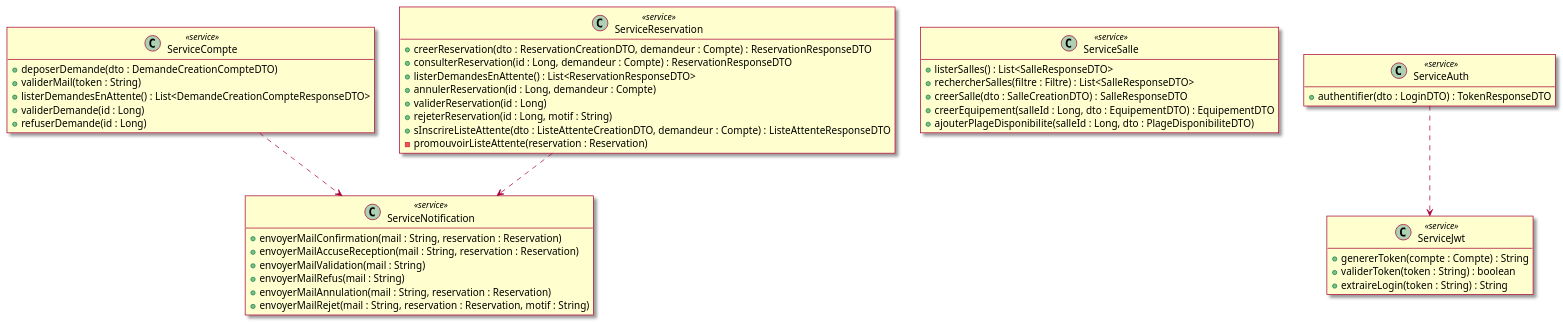
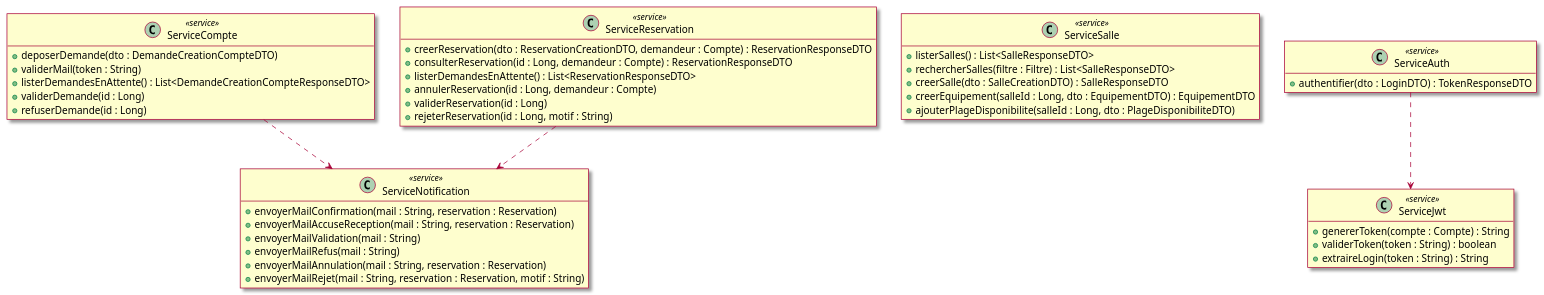
One commit to mrajaonson/glg204-room-management-system changed diagram 34 of 35 in docs/03-Conception.md. Above: the diagram before and after it, drawn with PlantUML. The commit also changed other lines of this file and 3 other files, not shown here.

````diff
--- a/docs/03-Conception.md
+++ b/docs/03-Conception.md
@@ -1809,56 +1653,54 @@
 ```plantuml
 @startuml
 skin rose
 hide empty members
 
 class ServiceCompte <<service>> {
   + deposerDemande(dto : DemandeCreationCompteDTO)
   + validerMail(token : String)
   + listerDemandesEnAttente() : List<DemandeCreationCompteResponseDTO>
   + validerDemande(id : Long)
   + refuserDemande(id : Long)
 }
 
 class ServiceSalle <<service>> {
   + listerSalles() : List<SalleResponseDTO>
   + rechercherSalles(filtre : Filtre) : List<SalleResponseDTO>
   + creerSalle(dto : SalleCreationDTO) : SalleResponseDTO
   + creerEquipement(salleId : Long, dto : EquipementDTO) : EquipementDTO
   + ajouterPlageDisponibilite(salleId : Long, dto : PlageDisponibiliteDTO)
 }
 
 class ServiceReservation <<service>> {
   + creerReservation(dto : ReservationCreationDTO, demandeur : Compte) : ReservationResponseDTO
   + consulterReservation(id : Long, demandeur : Compte) : ReservationResponseDTO
   + listerDemandesEnAttente() : List<ReservationResponseDTO>
   + annulerReservation(id : Long, demandeur : Compte)
   + validerReservation(id : Long)
   + rejeterReservation(id : Long, motif : String)
-  + sInscrireListeAttente(dto : ListeAttenteCreationDTO, demandeur : Compte) : ListeAttenteResponseDTO
-  - promouvoirListeAttente(reservation : Reservation)
 }
 
 class ServiceNotification <<service>> {
   + envoyerMailConfirmation(mail : String, reservation : Reservation)
   + envoyerMailAccuseReception(mail : String, reservation : Reservation)
   + envoyerMailValidation(mail : String)
   + envoyerMailRefus(mail : String)
   + envoyerMailAnnulation(mail : String, reservation : Reservation)
   + envoyerMailRejet(mail : String, reservation : Reservation, motif : String)
 }
 
 class ServiceAuth <<service>> {
   + authentifier(dto : LoginDTO) : TokenResponseDTO
 }
 
 class ServiceJwt <<service>> {
   + genererToken(compte : Compte) : String
   + validerToken(token : String) : boolean
   + extraireLogin(token : String) : String
 }
 
 ServiceCompte ..> ServiceNotification
 ServiceReservation ..> ServiceNotification
 ServiceAuth ..> ServiceJwt
 @enduml
 ```
````
